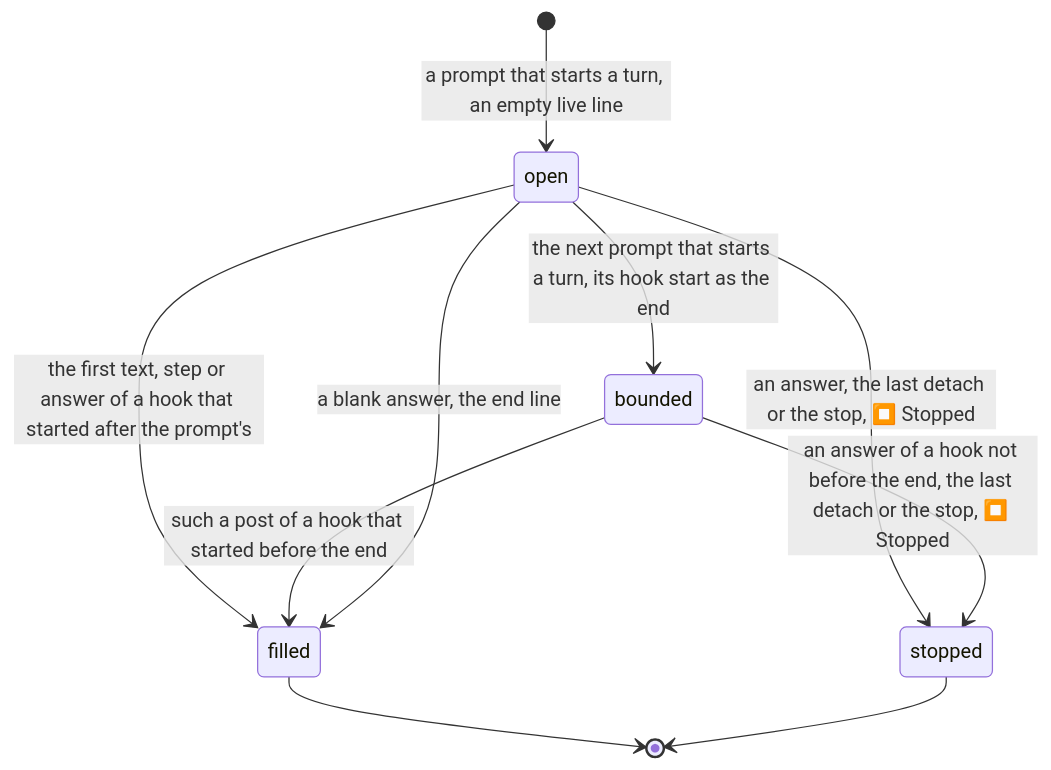
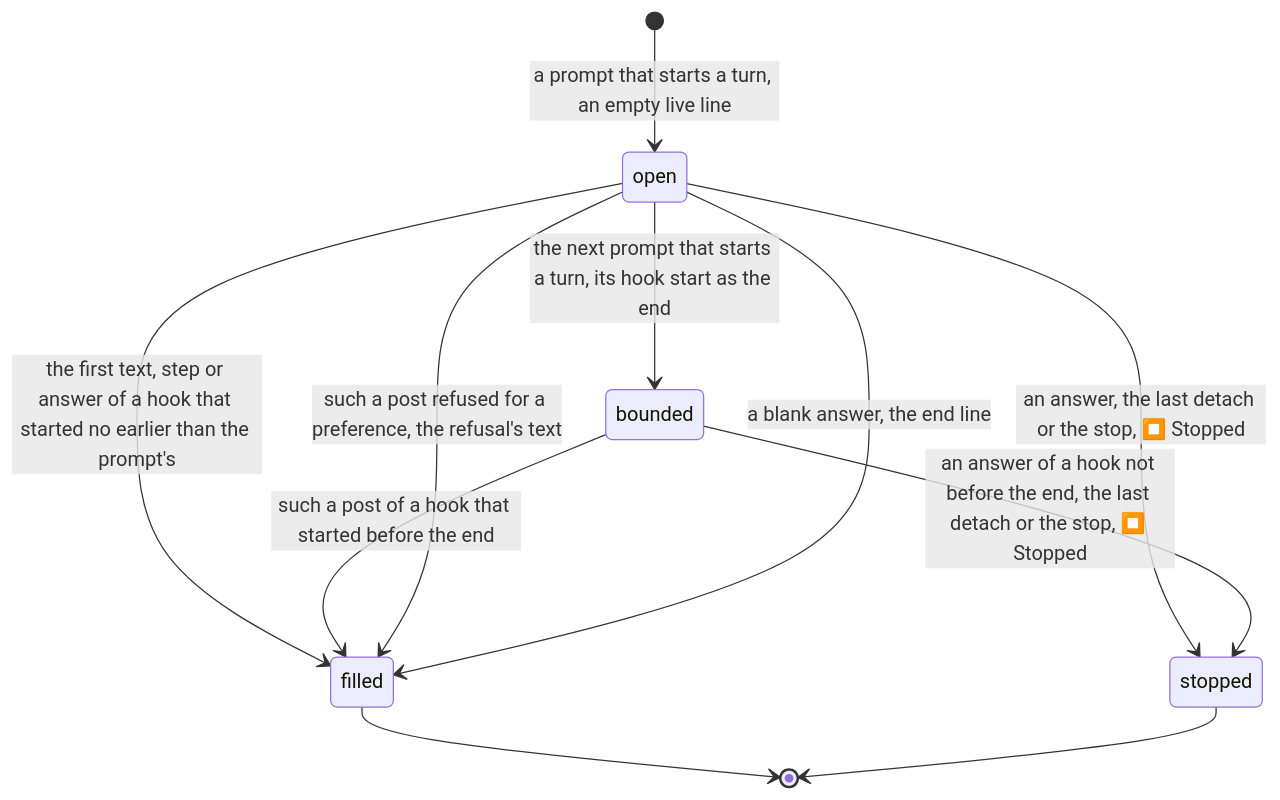
Before and after one commit to simplex-chat/simplex-chat: the seventh of 7 diagrams in packages/simplex-chat-mcp/spec/architecture.md, drawn with Mermaid. The commit also changed other lines of this file and 8 other files, not shown here.

First line of the commit message:
mcp: one refusal post for a refused answer, in the turn's opening message

````diff
--- a/packages/simplex-chat-mcp/spec/architecture.md
+++ b/packages/simplex-chat-mcp/spec/architecture.md
@@ -1247,12 +1258,13 @@
 ```mermaid
 stateDiagram-v2
   [*] --> open: a prompt that starts a turn, an empty live line
   open --> bounded: the next prompt that starts a turn, its hook start as the end
-  open --> filled: the first text, step or answer of a hook that started after the prompt's
+  open --> filled: the first text, step or answer of a hook that started no earlier than the prompt's
   bounded --> filled: such a post of a hook that started before the end
+  open --> filled: such a post refused for a preference, the refusal's text
   open --> filled: a blank answer, the end line
   open --> stopped: an answer, the last detach or the stop, ⏹️ Stopped
   bounded --> stopped: an answer of a hook not before the end, the last detach or the stop, ⏹️ Stopped
   filled --> [*]
   stopped --> [*]
 ```
````
